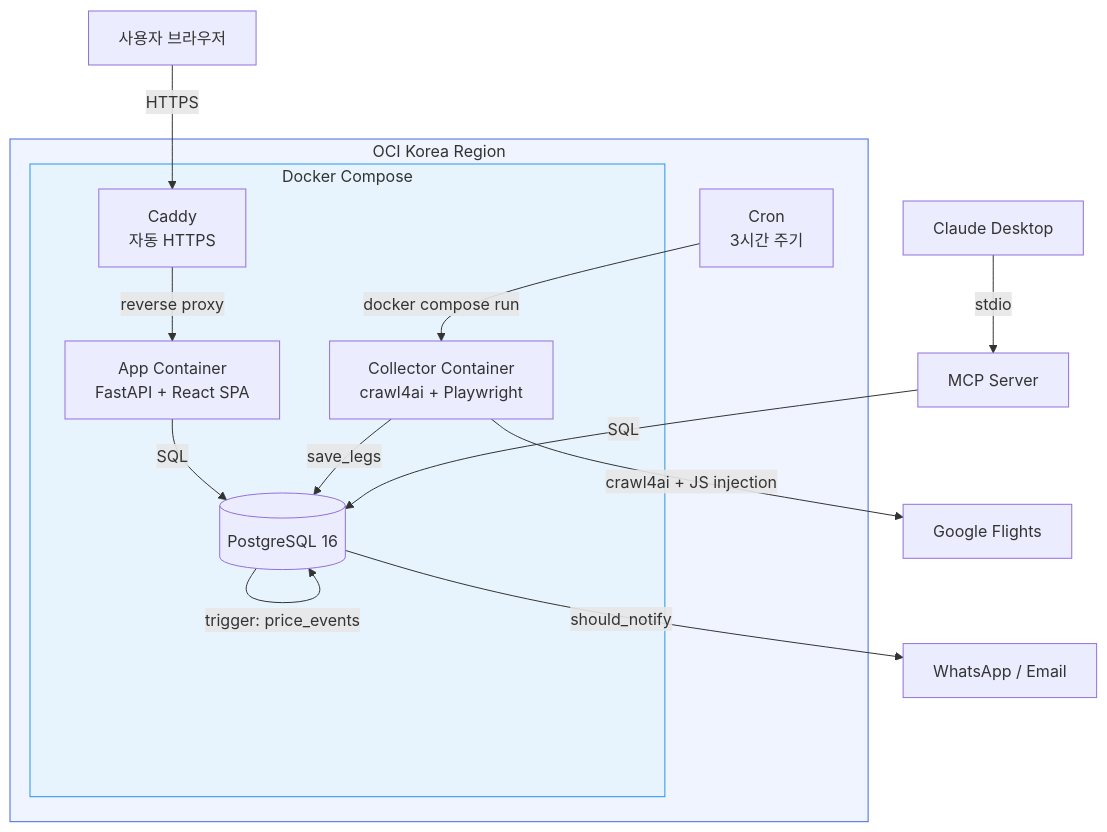
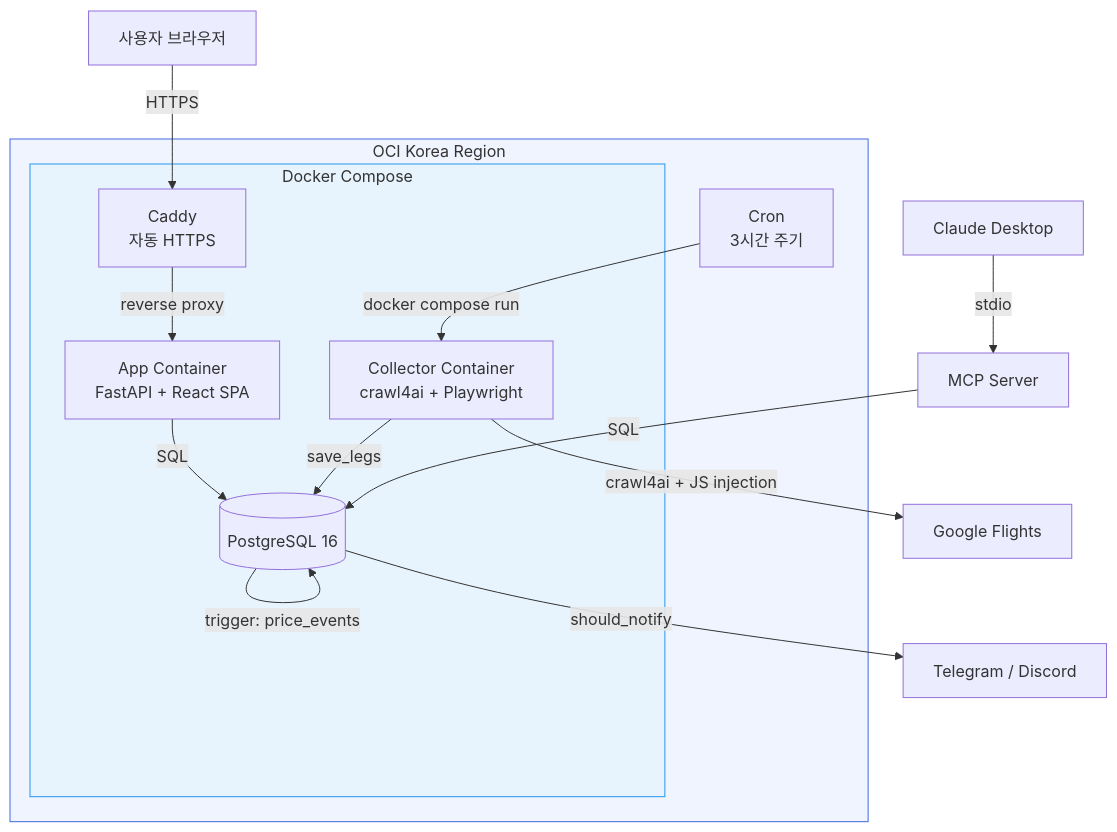
The diagram in readme.md (JunYupK/my-flight-friend), drawn with Mermaid before and after one commit. The commit also changed other lines of this file and 4 other files, not shown here.

````diff
--- a/readme.md
+++ b/readme.md
@@ -26,32 +26,32 @@
 ```mermaid
 graph TB
     subgraph OCI["OCI Korea Region"]
         subgraph Docker["Docker Compose"]
             Caddy["Caddy<br/>자동 HTTPS"]
             App["App Container<br/>FastAPI + React SPA"]
             Collector["Collector Container<br/>crawl4ai + Playwright"]
             DB[(PostgreSQL 16)]
         end
         Cron["Cron<br/>3시간 주기"]
     end
 
     User["사용자 브라우저"]
     GF["Google Flights"]
     Claude["Claude Desktop"]
     MCP["MCP Server"]
-    Alert["WhatsApp / Email"]
+    Alert["Telegram / Discord"]
 
     User -->|HTTPS| Caddy
     Caddy -->|reverse proxy| App
     App -->|SQL| DB
     Cron -->|docker compose run| Collector
     Collector -->|crawl4ai + JS injection| GF
     Collector -->|save_legs| DB
     DB -->|trigger: price_events| DB
     DB -->|should_notify| Alert
     Claude -->|stdio| MCP
     MCP -->|SQL| DB
 
     style OCI fill:#f0f4ff,stroke:#4169E1
     style Docker fill:#e8f4fd,stroke:#2496ED
 ```
````
